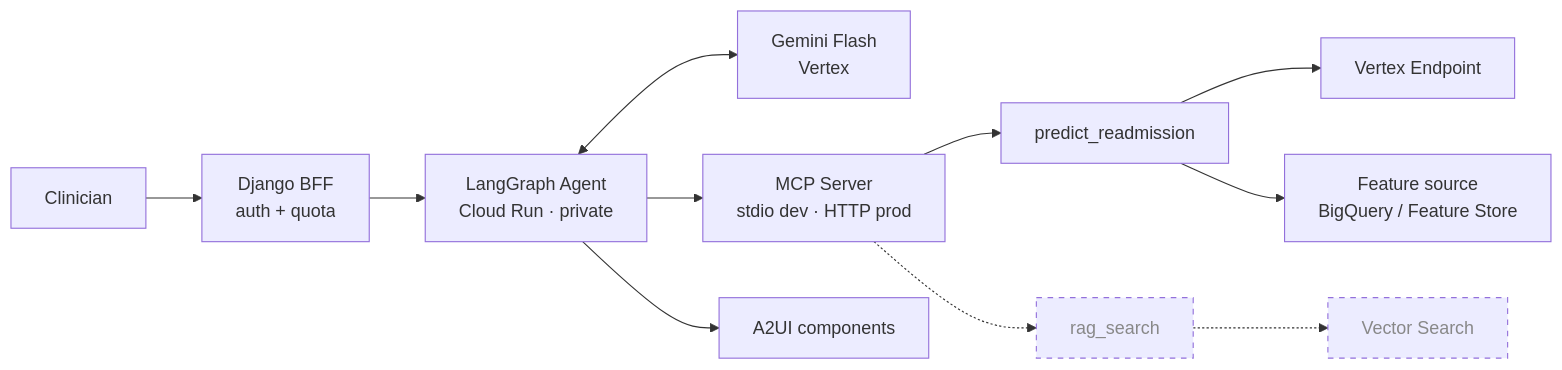
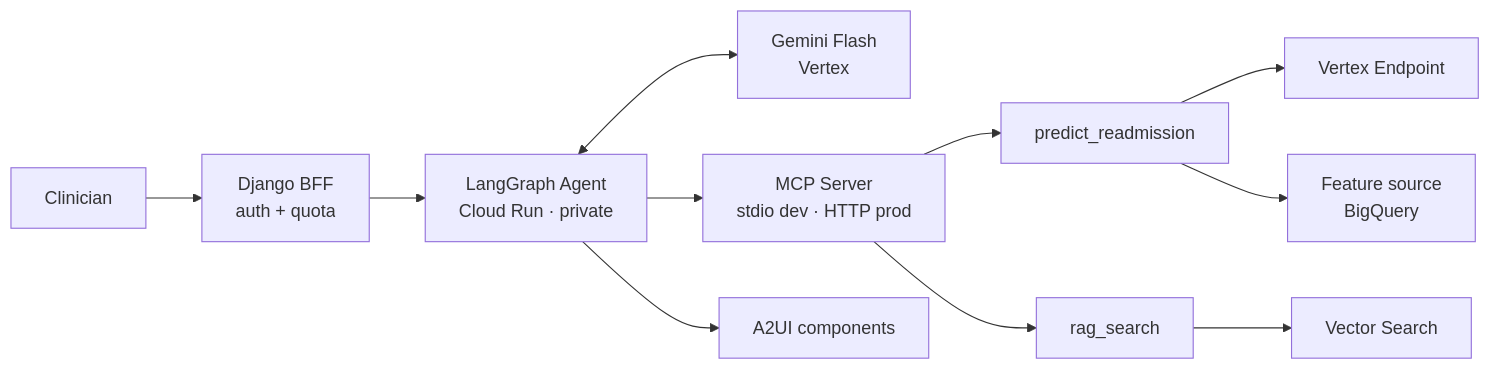
One commit to DanHerman212/enterprise_clinical_copilot changed the diagram in projects/agent-harness/README.md. Above: the diagram before and after it, drawn with Mermaid. The commit also changed other lines of this file and 5 other files, not shown here.

````diff
--- a/projects/agent-harness/README.md
+++ b/projects/agent-harness/README.md
@@ -9,16 +9,13 @@
 ```mermaid
 flowchart LR
   U["Clinician"] --> DJ["Django BFF<br/>auth + quota"]
   DJ --> LG["LangGraph Agent<br/>Cloud Run · private"]
   LG <--> GM["Gemini Flash<br/>Vertex"]
   LG --> MCP["MCP Server<br/>stdio dev · HTTP prod"]
   MCP --> T1["predict_readmission"]
-  MCP -.-> T2["rag_search"]
+  MCP --> T2["rag_search"]
   T1 --> EP["Vertex Endpoint"]
-  T1 --> FS["Feature source<br/>BigQuery / Feature Store"]
-  T2 -.-> VS["Vector Search"]
+  T1 --> FS["Feature source<br/>BigQuery"]
+  T2 --> VS["Vector Search"]
   LG --> A2["A2UI components"]
-
-  classDef planned stroke-dasharray:5 5,color:#888
-  class T2,VS planned
 ```
````
